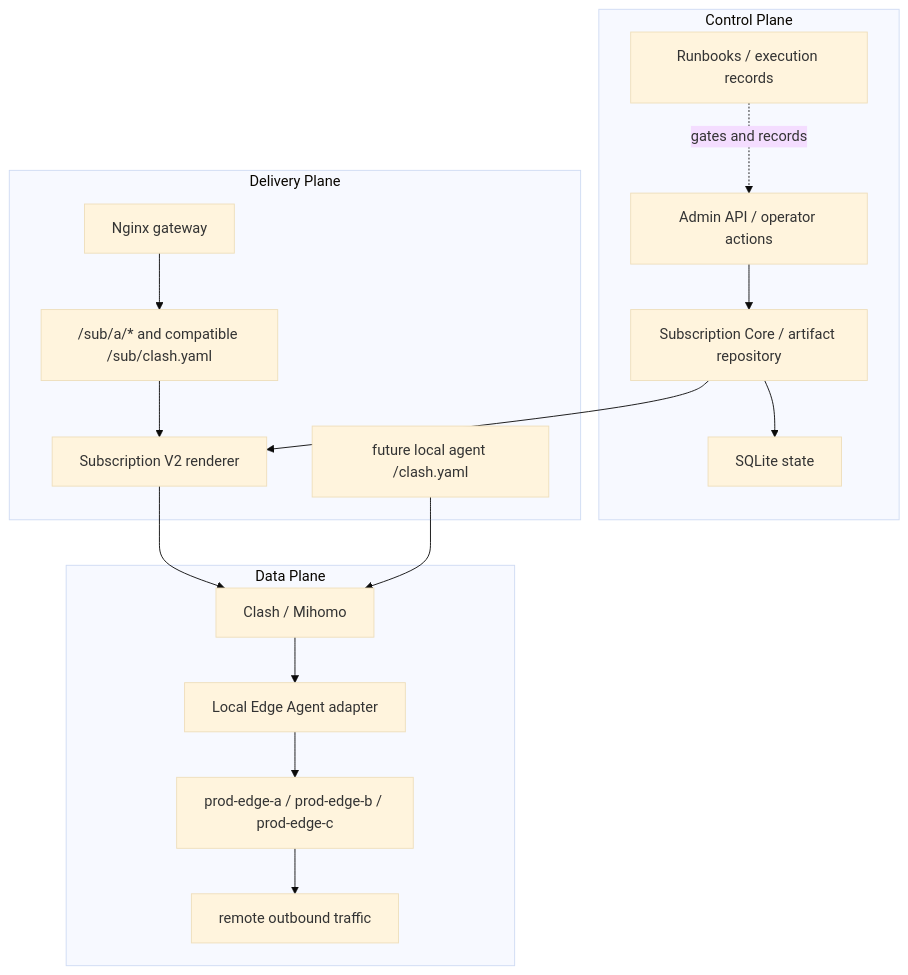
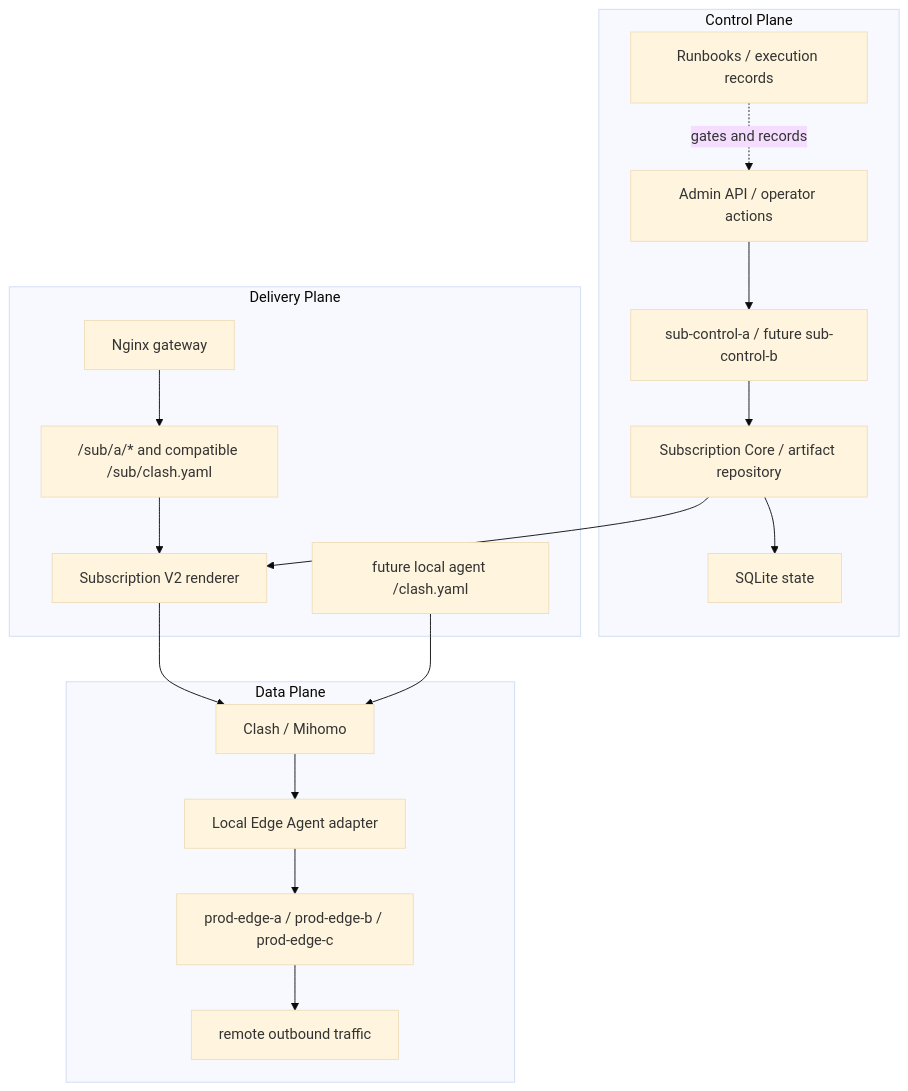
Before and after one commit to FlyLink-com/proxy-gateway-minimal: the fifth of 7 diagrams in docs/PROJECT_TOPOLOGY.md, drawn with Mermaid (base theme). The commit also changed other lines of this file and 7 other files, not shown here.

````diff
--- a/docs/PROJECT_TOPOLOGY.md
+++ b/docs/PROJECT_TOPOLOGY.md
@@ -165,31 +215,32 @@
 ```mermaid
 flowchart TB
   subgraph "Control Plane"
     Admin["Admin API / operator actions"]
     Core["Subscription Core / artifact repository"]
     State["SQLite state"]
     Docs["Runbooks / execution records"]
+    Control["sub-control-a / future sub-control-b"]
   end
 
   subgraph "Delivery Plane"
     Gateway["Nginx gateway"]
     Refresh["/sub/a/* and compatible /sub/clash.yaml"]
     Renderer["Subscription V2 renderer"]
     LocalSub["future local agent /clash.yaml"]
   end
 
   subgraph "Data Plane"
     Clash["Clash / Mihomo"]
     Agent["Local Edge Agent adapter"]
     Edges["prod-edge-a / prod-edge-b / prod-edge-c"]
     Outbound["remote outbound traffic"]
   end
 
-  Admin --> Core --> State
+  Admin --> Control --> Core --> State
   Docs -.->|"gates and records"| Admin
   Core --> Renderer
   Gateway --> Refresh --> Renderer
   Renderer --> Clash
   LocalSub --> Clash
   Clash --> Agent --> Edges --> Outbound
 ```
````
